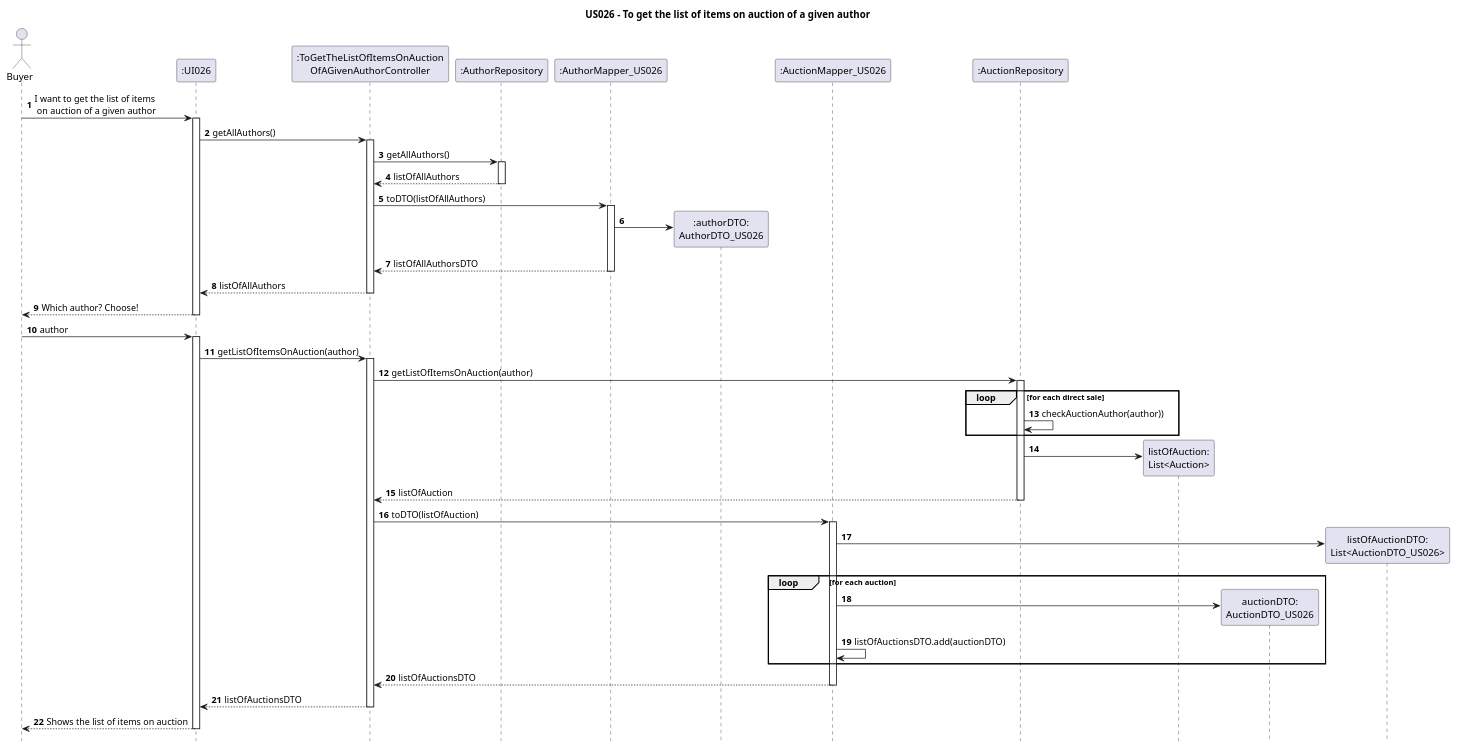
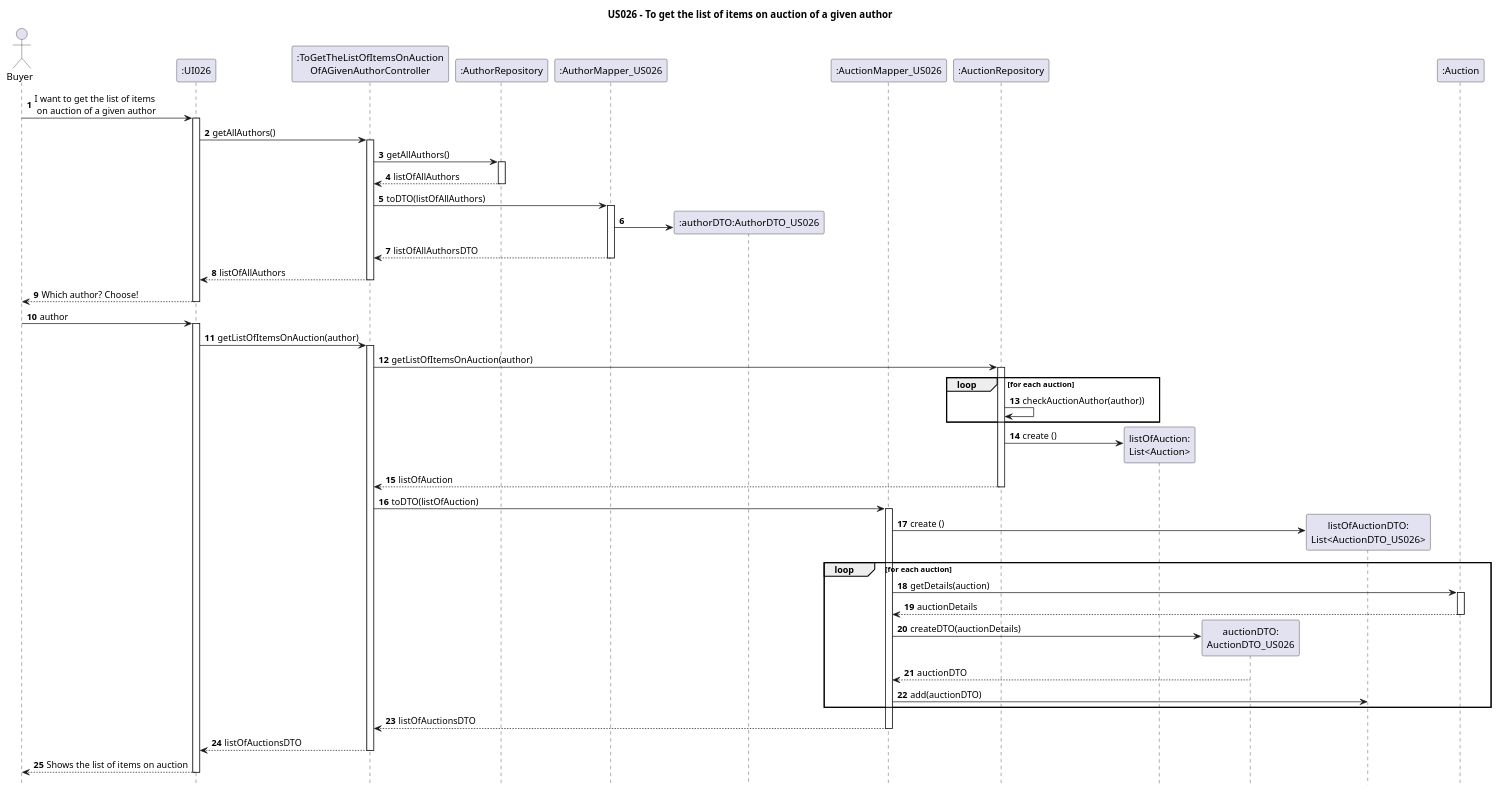
One commit to AndrePereiraGitH/SWitCH-Project-Team_A changed the diagram in Diagrams/SequenceDiagrams/N2/US026-to-get-the-list-of-items-on-auction-of-a-given-author.puml. Above: the diagram before and after it, drawn with PlantUML. The commit also changed 3 other files, not shown here.

Commit message:
Working on #46 #47, improved CD and SD diagrams

```diff
--- a/Diagrams/SequenceDiagrams/N2/US026-to-get-the-list-of-items-on-auction-of-a-given-author.puml
+++ b/Diagrams/SequenceDiagrams/N2/US026-to-get-the-list-of-items-on-auction-of-a-given-author.puml
@@ -1,82 +1,84 @@
 @startuml
 
 hide footbox
 autonumber
 title US026 - To get the list of items on auction of a given author
 
 actor Buyer
 
 ' Participants
 participant ":UI026" as UI026
 participant ":ToGetTheListOfItemsOnAuction\nOfAGivenAuthorController" as Ctrl
 participant ":AuthorRepository" as AuthorRepository
 participant ":AuthorMapper_US026" as AuthorMapper
-participant ":authorDTO:\nAuthorDTO_US026" as AuthorDTO
+participant ":authorDTO:AuthorDTO_US026" as AuthorDTO
 participant ":AuctionMapper_US026" as Mapper
 participant ":AuctionRepository" as AuctionRepository
 participant "listOfAuction:\nList<Auction>" as ListAuc
-'participant ":Auction" as DSDomain
 participant "auctionDTO:\nAuctionDTO_US026" as DTO
 participant "listOfAuctionDTO:\nList<AuctionDTO_US026>" as ListDTO
+participant ":Auction" as AU
 
 
 ' Interactions
 Buyer -> UI026 : I want to get the list of items\n on auction of a given author
 activate UI026
 UI026 -> Ctrl : getAllAuthors()
 activate Ctrl
 Ctrl -> AuthorRepository: getAllAuthors()
 activate AuthorRepository
 AuthorRepository --> Ctrl: listOfAllAuthors
 deactivate AuthorRepository
 
 Ctrl -> AuthorMapper: toDTO(listOfAllAuthors)
 activate AuthorMapper
-'AuthorMapper -> PubDTO
 AuthorMapper -> AuthorDTO **
 AuthorMapper --> Ctrl: listOfAllAuthorsDTO
 deactivate AuthorMapper
 
 Ctrl --> UI026 : listOfAllAuthors
 deactivate Ctrl
 Buyer <-- UI026 : Which author? Choose!
 deactivate UI026
 Buyer -> UI026 : author
 activate UI026
 
 UI026 -> Ctrl : getListOfItemsOnAuction(author)
 activate Ctrl
 
 Ctrl -> AuctionRepository : getListOfItemsOnAuction(author)
 activate AuctionRepository
 
-loop for each direct sale
+loop for each auction
     AuctionRepository -> AuctionRepository : checkAuctionAuthor(author))
 end
 
-AuctionRepository -> ListAuc ** :
+AuctionRepository -> ListAuc ** : create ()
 AuctionRepository --> Ctrl : listOfAuction
-
 deactivate AuctionRepository
 
 Ctrl -> Mapper : toDTO(listOfAuction)
 activate Mapper
-Mapper -> ListDTO ** :
+Mapper -> ListDTO ** : create ()
 
-    loop for each auction
+loop for each auction
+    Mapper -> AU: getDetails(auction)
+        activate AU
+        AU --> Mapper: auctionDetails
+        deactivate AU
 
-        Mapper -> DTO **
-
-        Mapper -> Mapper : listOfAuctionsDTO.add(auctionDTO)
-    end
+    Mapper -> DTO ** : createDTO(auctionDetails)
+    DTO --> Mapper: auctionDTO
+    Mapper -> ListDTO : add(auctionDTO)
+end
 
 Mapper --> Ctrl : listOfAuctionsDTO
 deactivate Mapper
 
 Ctrl --> UI026 : listOfAuctionsDTO
 deactivate Ctrl
 
 UI026 --> Buyer : Shows the list of items on auction
 deactivate UI026
 
 @enduml
```
